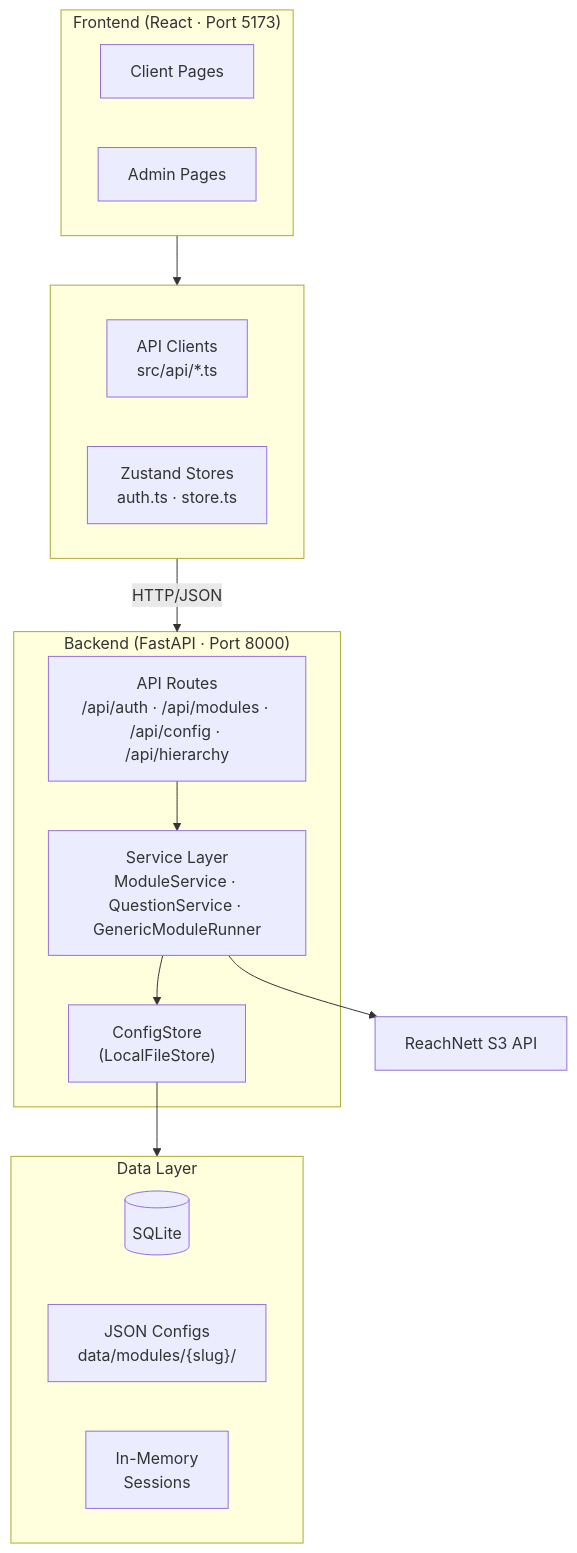
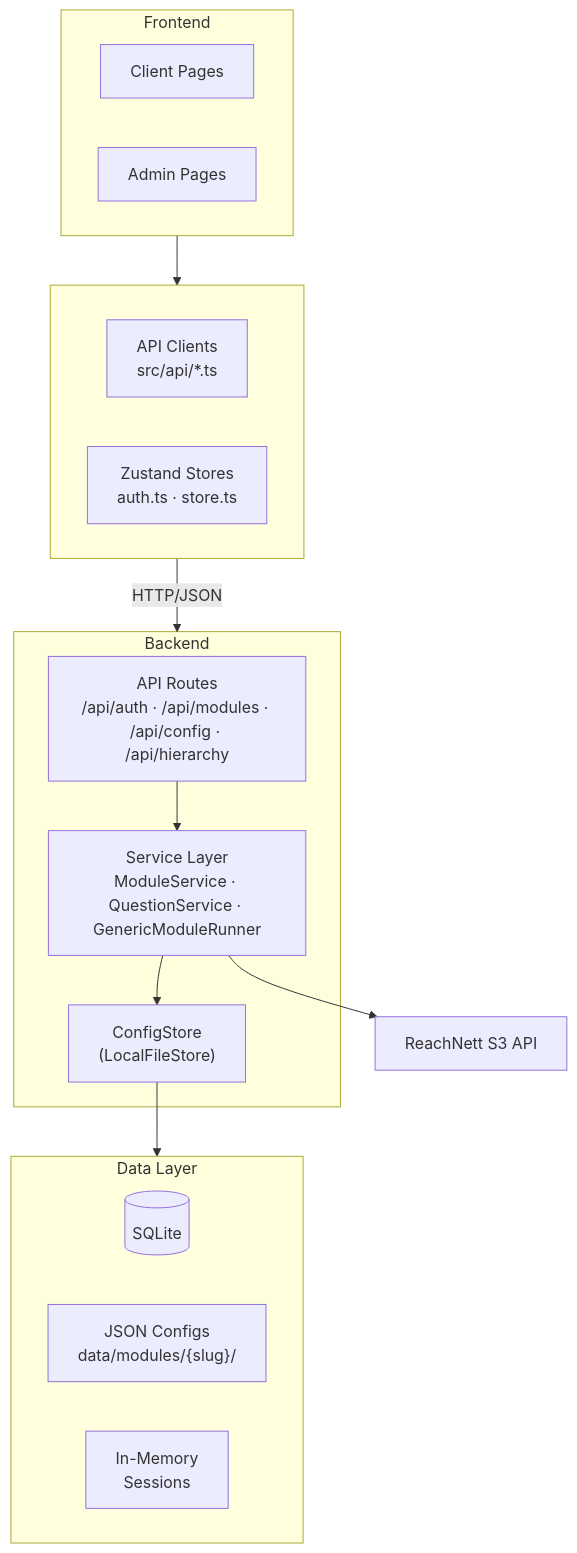
The diagram in README.md (williamQyq/turboSAP_payroll-), drawn with Mermaid before and after one commit.

Commit message:
Simplify subgraph labels in README.md

````diff
--- a/README.md
+++ b/README.md
@@ -1,36 +1,36 @@
 ```mermaid
 
 flowchart TB
-    subgraph Frontend["Frontend (React · Port 5173)"]
+    subgraph Frontend["Frontend"]
         direction LR
         ClientPages[Client Pages]
         AdminPages[Admin Pages]
     end
 
     subgraph FE_Internal[" "]
         direction LR
         APIClients["API Clients<br/>src/api/*.ts"]
         Stores["Zustand Stores<br/>auth.ts · store.ts"]
     end
 
-    subgraph Backend["Backend (FastAPI · Port 8000)"]
+    subgraph Backend["Backend"]
         Routes["API Routes<br/>/api/auth · /api/modules · /api/config · /api/hierarchy"]
         Services["Service Layer<br/>ModuleService · QuestionService · GenericModuleRunner"]
         ConfigStore["ConfigStore<br/>(LocalFileStore)"]
     end
 
     subgraph Data["Data Layer"]
         direction LR
         DB[(SQLite)]
         JSON["JSON Configs<br/>data/modules/{slug}/"]
         Memory["In-Memory<br/>Sessions"]
     end
 
     External["ReachNett S3 API"]
 
     Frontend --> FE_Internal
     FE_Internal -->|HTTP/JSON| Backend
     Routes --> Services --> ConfigStore --> Data
     Services --> External
 
 ```
````
